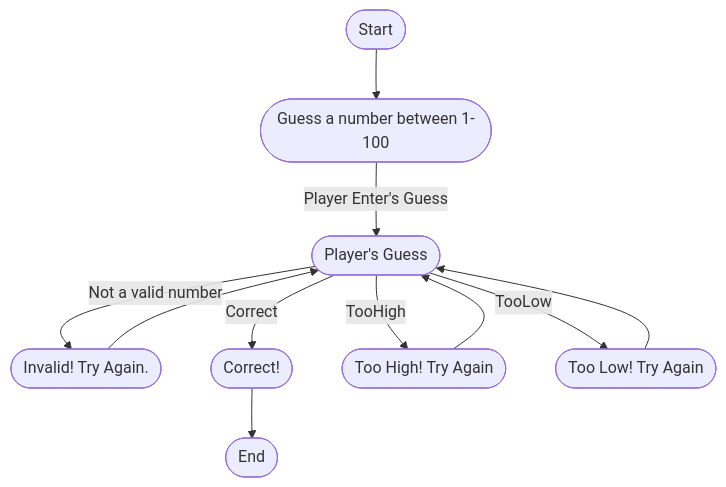
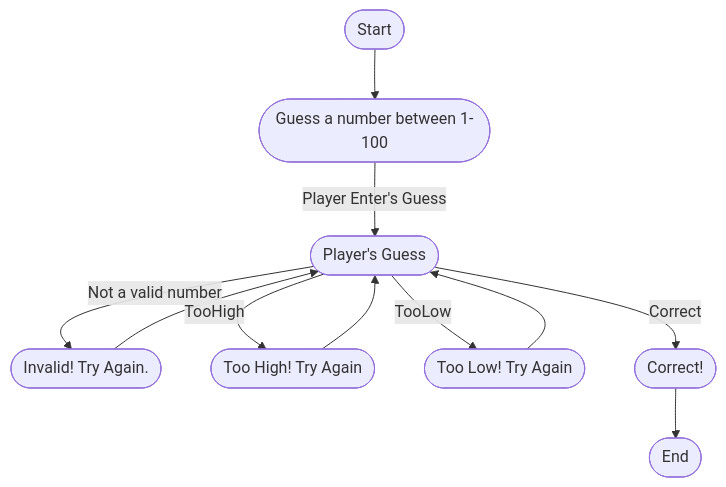
One commit to veturon2/veturon2.github.io changed the diagram in Guessing.md. Above: the diagram before and after it, drawn with Mermaid.

````diff
--- a/Guessing.md
+++ b/Guessing.md
@@ -3,16 +3,15 @@
 ```mermaid
 flowchart TD
   Start([Start])-->RandomNumber([Guess a number between 1-100])
   RandomNumber--Player Enter's Guess-->PlayerInput([Player's Guess])
 
   PlayerInput--Not a valid number-->InvalidNumber([Invalid! Try Again.])
   InvalidNumber-->PlayerInput
-  
-  PlayerInput--Correct-->CorrectGuess([Correct!])
   PlayerInput--TooHigh-->WrongGuessHigh([Too High! Try Again])
   PlayerInput--TooLow-->WrongGuessLow([Too Low! Try Again])
+  PlayerInput--Correct-->CorrectGuess([Correct!])
   
   WrongGuessHigh-->PlayerInput
   WrongGuessLow-->PlayerInput
   CorrectGuess-->End([End])
 ```
````
